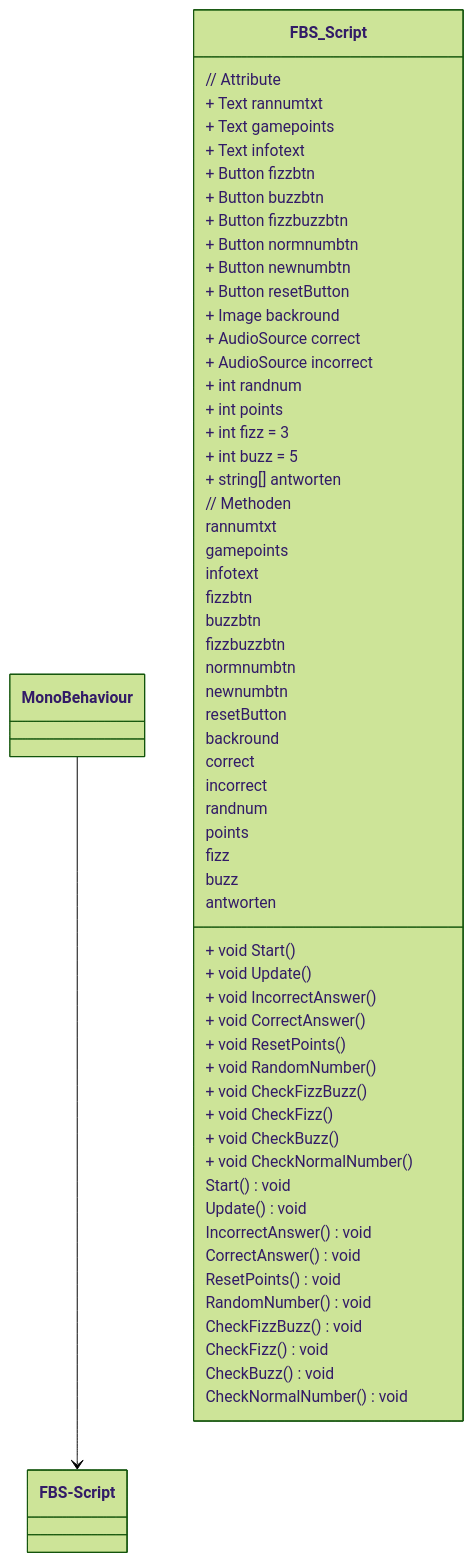
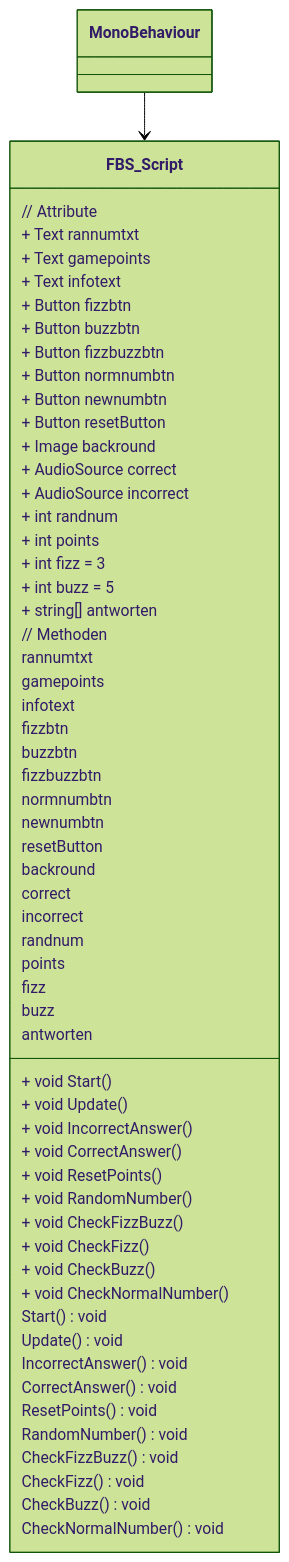
One commit to flaurenz/FizzBuzz_Laurenz changed the diagram in README.md. Above: the diagram before and after it, drawn with Mermaid (forest theme).

````diff
--- a/README.md
+++ b/README.md
@@ -29,69 +29,69 @@
 ```mermaid
 classDiagram
 class MonoBehaviour {
     }
 
     class FBS_Script {
         // Attribute
         + Text rannumtxt
         + Text gamepoints
         + Text infotext
         + Button fizzbtn
         + Button buzzbtn
         + Button fizzbuzzbtn
         + Button normnumbtn
         + Button newnumbtn
         + Button resetButton
         + Image backround
         + AudioSource correct
         + AudioSource incorrect
         + int randnum
         + int points
         + int fizz = 3
         + int buzz = 5
         + string[] antworten
 
         // Methoden
         + void Start()
         + void Update()
         + void IncorrectAnswer()
         + void CorrectAnswer()
         + void ResetPoints()
         + void RandomNumber()
         + void CheckFizzBuzz()
         + void CheckFizz()
         + void CheckBuzz()
         + void CheckNormalNumber()
     }
 
     FBS_Script : rannumtxt
     FBS_Script : gamepoints
     FBS_Script : infotext
     FBS_Script : fizzbtn
     FBS_Script : buzzbtn
     FBS_Script : fizzbuzzbtn
     FBS_Script : normnumbtn
     FBS_Script : newnumbtn
     FBS_Script : resetButton
     FBS_Script : backround
     FBS_Script : correct
     FBS_Script : incorrect
     FBS_Script : randnum
     FBS_Script : points
     FBS_Script : fizz
     FBS_Script : buzz
     FBS_Script : antworten
     FBS_Script : Start() void
     FBS_Script : Update() void
     FBS_Script : IncorrectAnswer() void
     FBS_Script : CorrectAnswer() void
     FBS_Script : ResetPoints() void
     FBS_Script : RandomNumber() void
     FBS_Script : CheckFizzBuzz() void
     FBS_Script : CheckFizz() void
     FBS_Script : CheckBuzz() void
     FBS_Script : CheckNormalNumber() void
 
-MonoBehaviour --> FBS-Script
+MonoBehaviour --> FBS_Script
 
 ```
````
